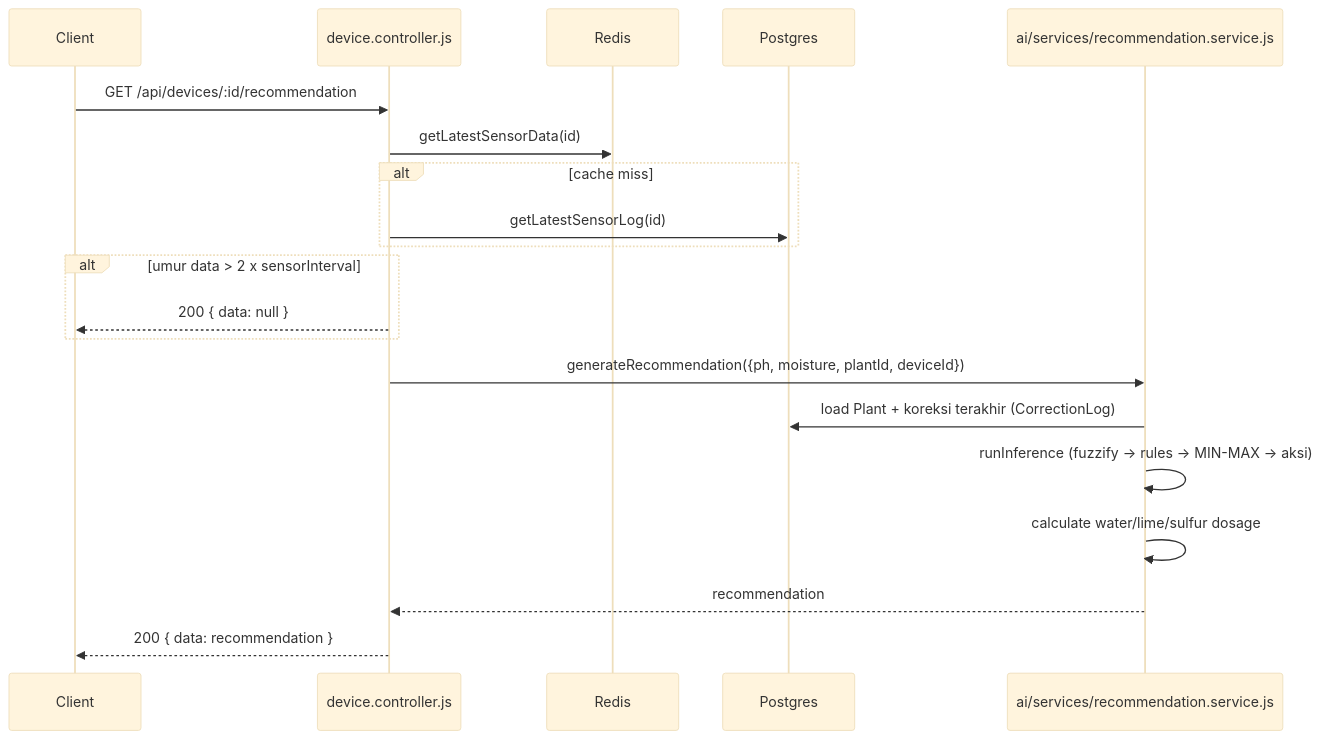
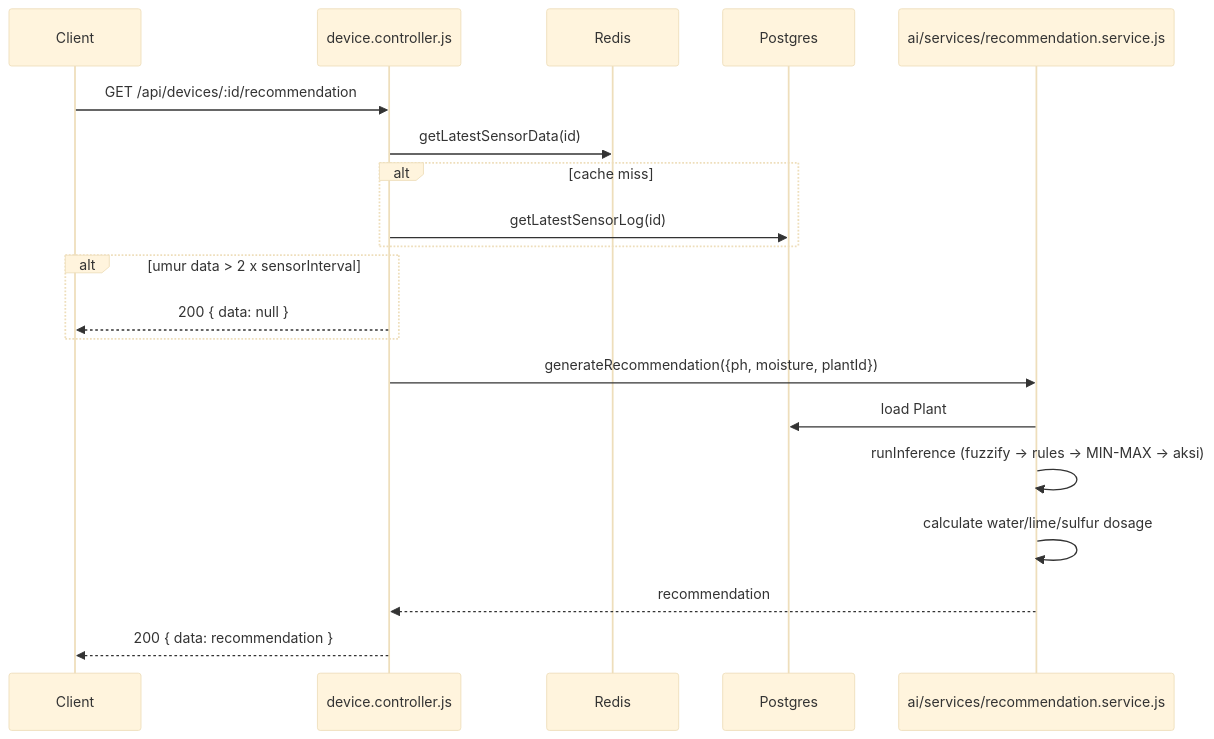
Before and after one commit to Capstone2026-E04/Subur.in: the seventh of 7 diagrams in docs/architecture/api-flow.md, drawn with Mermaid (base theme). The commit also changed 45 other files, not shown here.

First line of the commit message:
refactor(correction)!: hapus fitur pencatatan koreksi pH

````diff
--- a/docs/architecture/api-flow.md
+++ b/docs/architecture/api-flow.md
@@ -165,23 +165,23 @@
 ```mermaid
 sequenceDiagram
     participant Client
     participant Controller as device.controller.js
     participant Redis
     participant Postgres
     participant Engine as ai/services/recommendation.service.js
 
     Client->>Controller: GET /api/devices/:id/recommendation
     Controller->>Redis: getLatestSensorData(id)
     alt cache miss
         Controller->>Postgres: getLatestSensorLog(id)
     end
     alt umur data > 2 x sensorInterval
         Controller-->>Client: 200 { data: null }
     end
-    Controller->>Engine: generateRecommendation({ph, moisture, plantId, deviceId})
-    Engine->>Postgres: load Plant + koreksi terakhir (CorrectionLog)
+    Controller->>Engine: generateRecommendation({ph, moisture, plantId})
+    Engine->>Postgres: load Plant
     Engine->>Engine: runInference (fuzzify -> rules -> MIN-MAX -> aksi)
     Engine->>Engine: calculate water/lime/sulfur dosage
     Engine-->>Controller: recommendation
     Controller-->>Client: 200 { data: recommendation }
 ```
````
